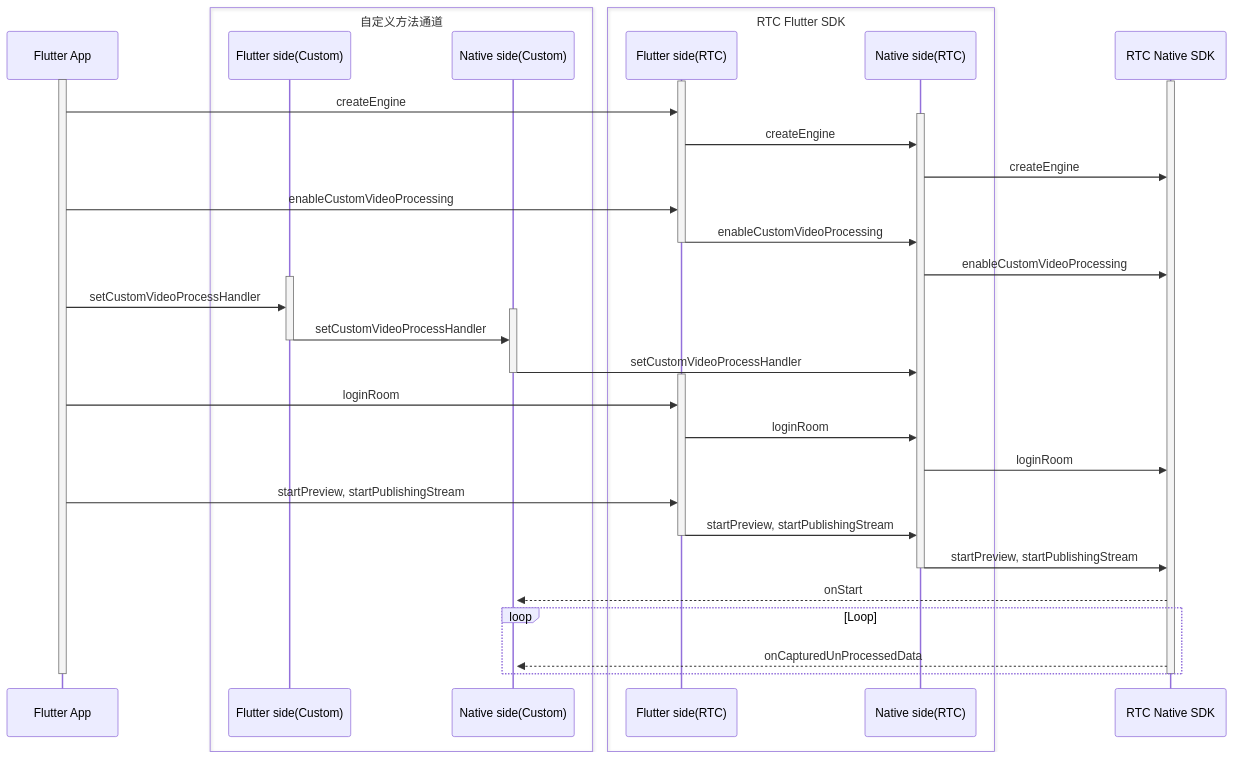
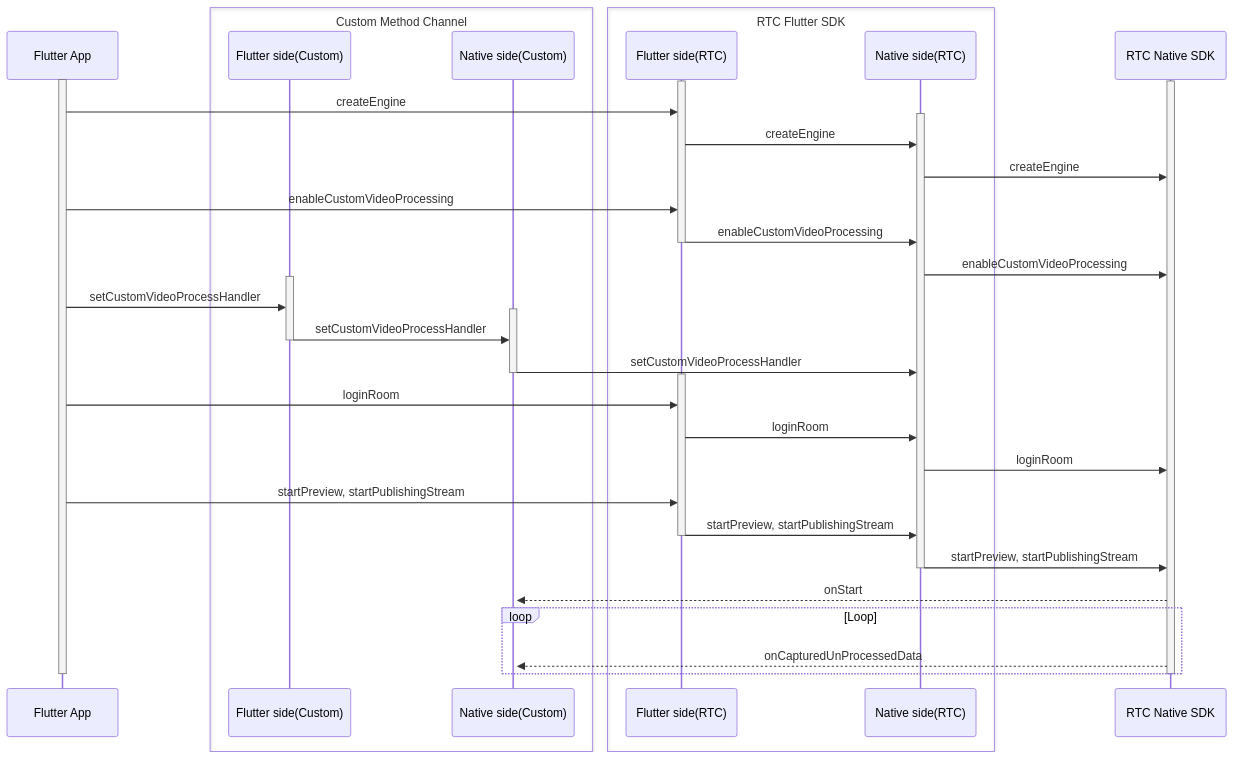
One commit to ZEGOCLOUD/docs_all changed the diagram in core_products/real-time-voice-video/en/flutter-dart/video/custom-video-preprocessing.mdx. Above: the diagram before and after it, drawn with Mermaid. The commit also changed other lines of this file and 97 other files, not shown here.

````diff
--- a/core_products/real-time-voice-video/en/flutter-dart/video/custom-video-preprocessing.mdx
+++ b/core_products/real-time-voice-video/en/flutter-dart/video/custom-video-preprocessing.mdx
@@ -34,55 +34,55 @@
 ```mermaid
 sequenceDiagram
     participant FA as Flutter App
-    box 自定义方法通道
+    box Custom Method Channel
         participant FS as Flutter side(Custom)
         participant NS as Native side(Custom)
     end
     box RTC Flutter SDK
         participant RFS as Flutter side(RTC)
         participant RNS as Native side(RTC)
     end
     participant NSDK as RTC Native SDK
 
     activate FA
     activate NSDK
 
     activate RFS
     FA ->> RFS: createEngine
     activate RNS
     RFS ->> RNS: createEngine
     RNS ->> NSDK: createEngine
 
     FA ->> RFS: enableCustomVideoProcessing
     RFS ->> RNS: enableCustomVideoProcessing
     deactivate RFS
     RNS ->> NSDK: enableCustomVideoProcessing
 
     activate FS
     FA ->> FS: setCustomVideoProcessHandler
     activate NS
     FS ->> NS: setCustomVideoProcessHandler
     deactivate FS
     NS ->> RNS: setCustomVideoProcessHandler
     deactivate NS
 
     activate RFS
     FA ->> RFS: loginRoom
     RFS ->> RNS: loginRoom
     RNS ->> NSDK: loginRoom
 
     FA ->> RFS: startPreview, startPublishingStream
     RFS ->> RNS: startPreview, startPublishingStream
     deactivate RFS
     RNS ->> NSDK: startPreview, startPublishingStream
     deactivate RNS
 
     activate NS
     NSDK -->> NS: onStart
 
     loop Loop
         NSDK -->> NS: onCapturedUnProcessedData
     end
     deactivate NSDK
     deactivate FA
 ```
````
